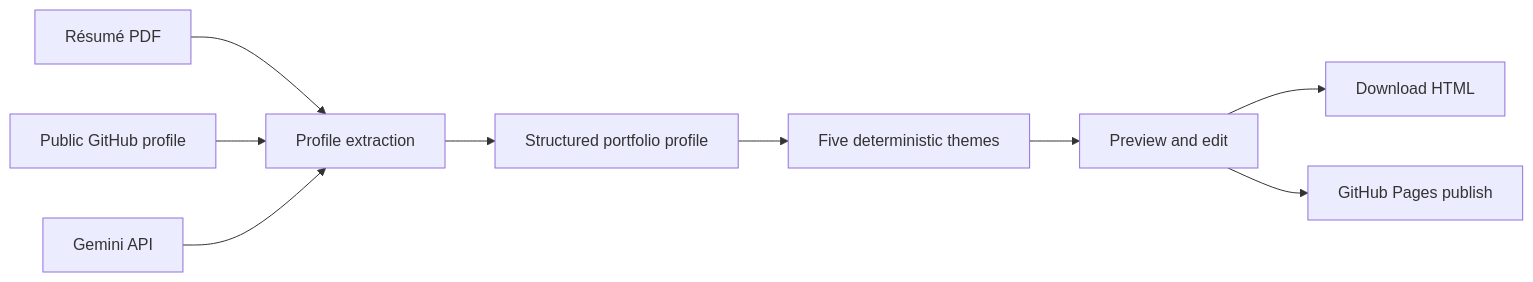
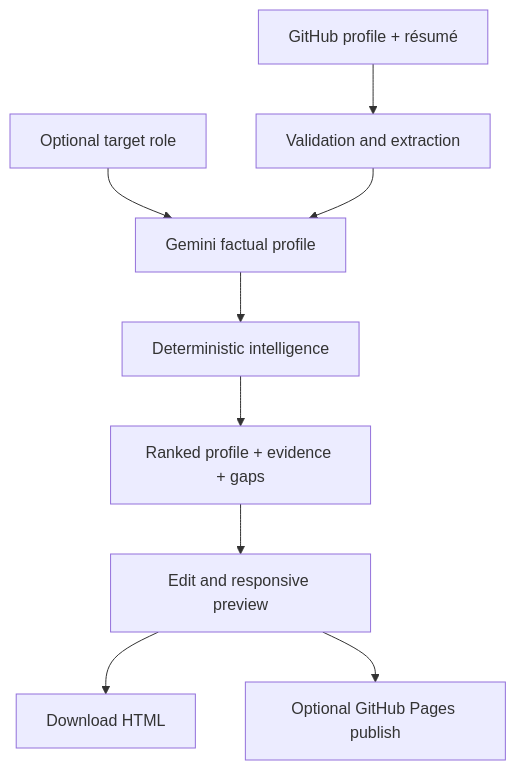
The diagram in README.md (Abdullahraise/DevPortfolio-AI), drawn with Mermaid before and after one commit. The commit also changed other lines of this file and 7 other files, not shown here.

Commit message:
feat: add evidence-backed role targeting

````diff
--- a/README.md
+++ b/README.md
@@ -22,11 +36,11 @@
 ```mermaid
-flowchart LR
-    A[Résumé PDF] --> D[Profile extraction]
-    B[Public GitHub profile] --> D
-    C[Gemini API] --> D
-    D --> E[Structured portfolio profile]
-    E --> F[Five deterministic themes]
-    F --> G[Preview and edit]
-    G --> H[Download HTML]
-    G --> I[GitHub Pages publish]
+flowchart TD
+    A["GitHub profile + résumé"] --> B["Validation and extraction"]
+    C["Optional target role"] --> D["Gemini factual profile"]
+    B --> D
+    D --> E["Deterministic intelligence"]
+    E --> F["Ranked profile + evidence + gaps"]
+    F --> G["Edit and responsive preview"]
+    G --> H["Download HTML"]
+    G --> I["Optional GitHub Pages publish"]
 ```
````
